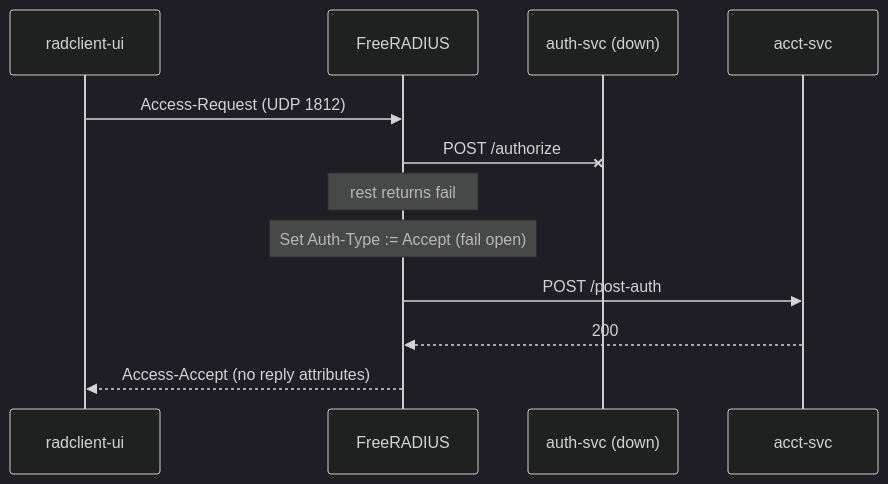
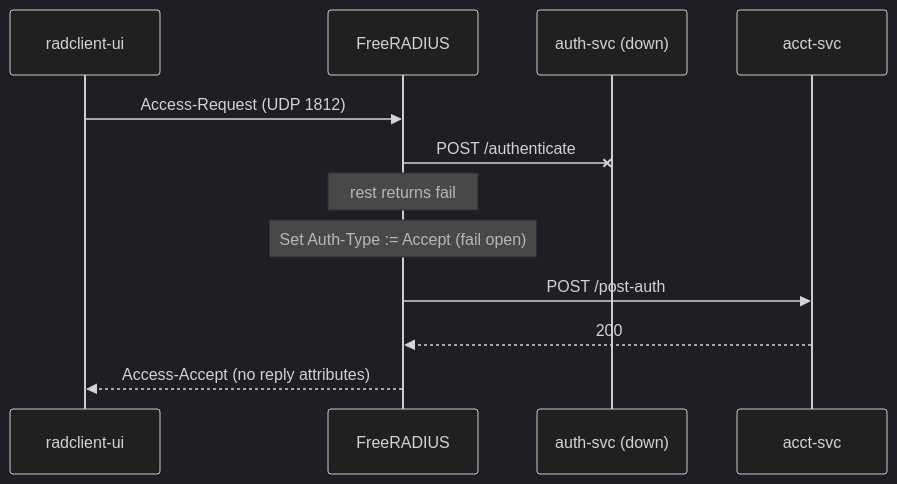
One commit to Work-Systems-Ltd/freeradius-http-auth changed the fourth of 6 diagrams in README.md. Above: the diagram before and after it, drawn with Mermaid (dark theme). The commit also changed other lines of this file and 3 other files, not shown here.

````diff
--- a/README.md
+++ b/README.md
@@ -71,16 +68,16 @@
 ```mermaid
 sequenceDiagram
     participant UI as radclient-ui
     participant FR as FreeRADIUS
     participant AS as auth-svc (down)
     participant AC as acct-svc
 
     UI->>FR: Access-Request (UDP 1812)
-    FR-xAS: POST /authorize
+    FR-xAS: POST /authenticate
     Note over FR: rest returns fail
     Note over FR: Set Auth-Type := Accept (fail open)
 
     FR->>AC: POST /post-auth
     AC-->>FR: 200
     FR-->>UI: Access-Accept (no reply attributes)
 ```
````
